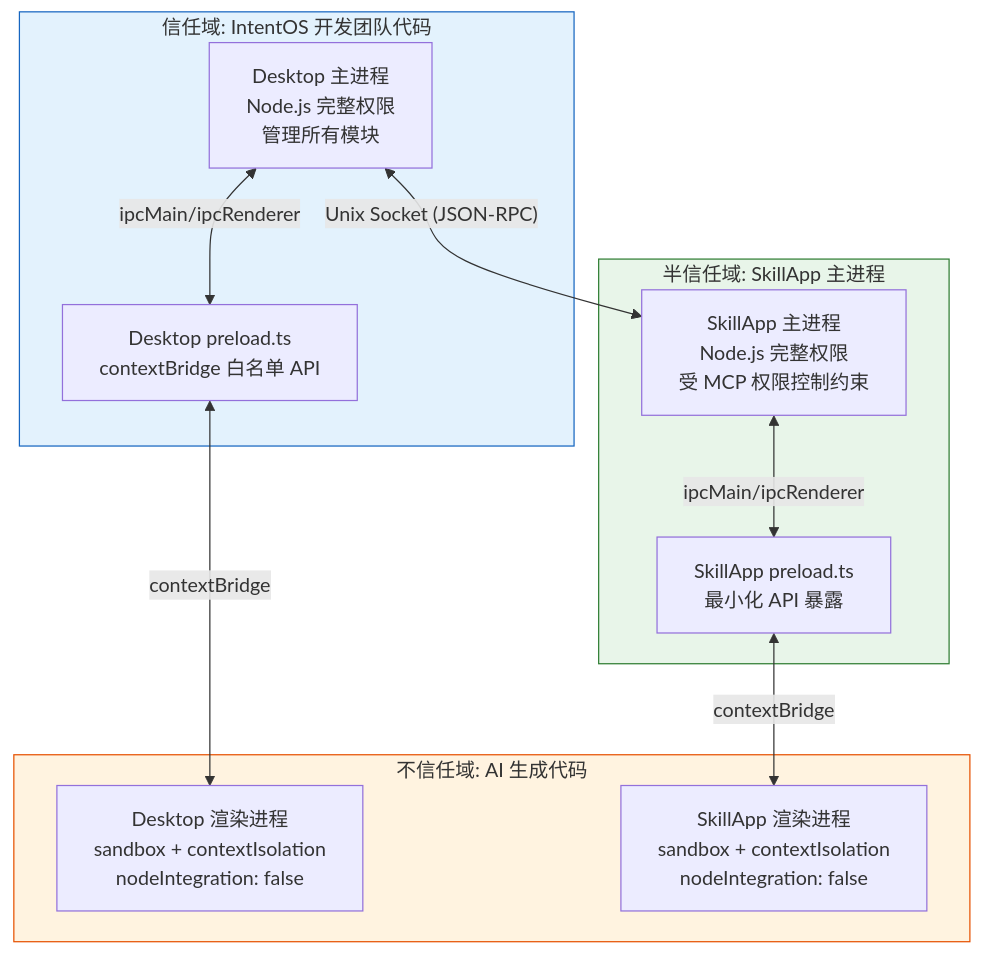
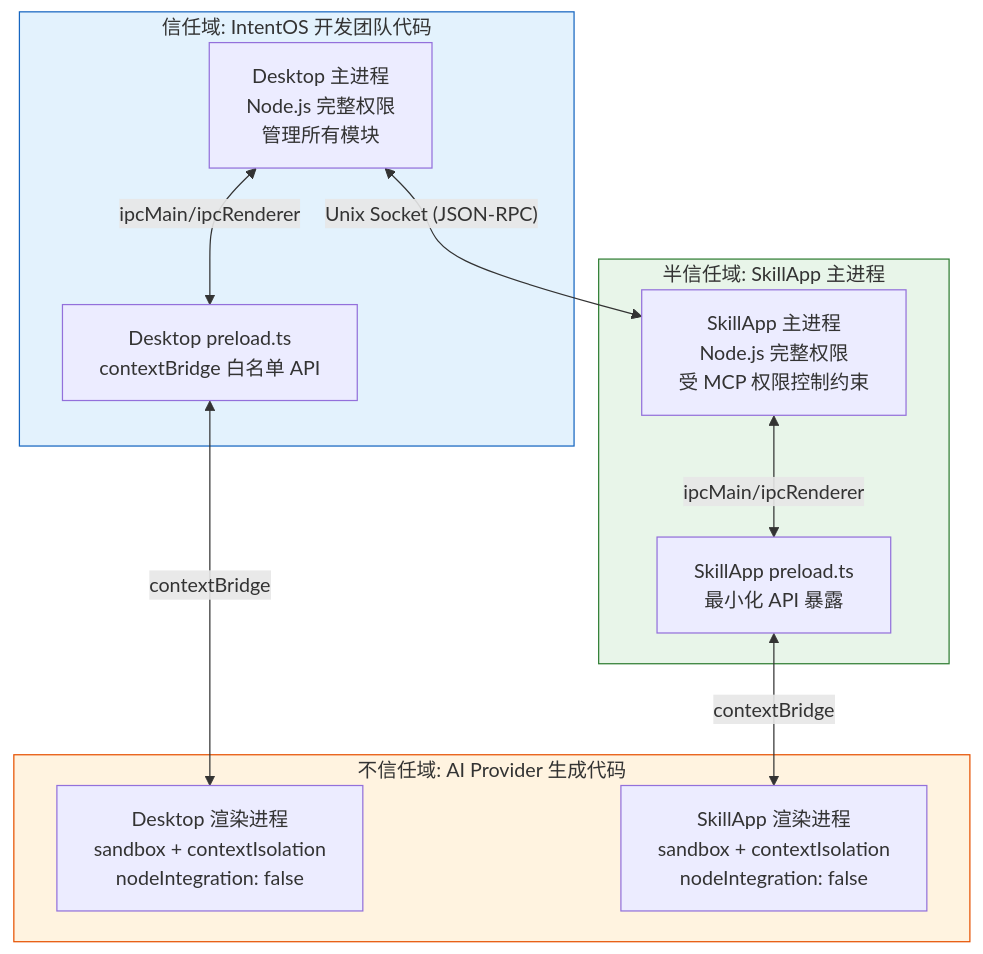
Before and after one commit to digimads-lab/intent-os: the sixth of 6 diagrams in docs/spec/electron-spec.md, drawn with Mermaid. The commit also changed other lines of this file, not shown here.

````diff
--- a/docs/spec/electron-spec.md
+++ b/docs/spec/electron-spec.md
@@ -882,27 +882,27 @@
 ```mermaid
 graph TB
     subgraph TrustBoundary1["信任域: IntentOS 开发团队代码"]
         DesktopMain["Desktop 主进程<br/>Node.js 完整权限<br/>管理所有模块"]
         DesktopPreload["Desktop preload.ts<br/>contextBridge 白名单 API"]
     end
 
     subgraph TrustBoundary2["半信任域: SkillApp 主进程"]
         AppMain["SkillApp 主进程<br/>Node.js 完整权限<br/>受 MCP 权限控制约束"]
         AppPreload["SkillApp preload.ts<br/>最小化 API 暴露"]
     end
 
-    subgraph TrustBoundary3["不信任域: AI 生成代码"]
+    subgraph TrustBoundary3["不信任域: AI Provider 生成代码"]
         DesktopRenderer["Desktop 渲染进程<br/>sandbox + contextIsolation<br/>nodeIntegration: false"]
         AppRenderer["SkillApp 渲染进程<br/>sandbox + contextIsolation<br/>nodeIntegration: false"]
     end
 
     DesktopMain <-->|"ipcMain/ipcRenderer"| DesktopPreload
     DesktopPreload <-->|"contextBridge"| DesktopRenderer
     AppMain <-->|"ipcMain/ipcRenderer"| AppPreload
     AppPreload <-->|"contextBridge"| AppRenderer
     DesktopMain <-->|"Unix Socket (JSON-RPC)"| AppMain
 
     style TrustBoundary3 fill:#fff3e0,stroke:#e65100
     style TrustBoundary2 fill:#e8f5e9,stroke:#2e7d32
     style TrustBoundary1 fill:#e3f2fd,stroke:#1565c0
 ```
````
